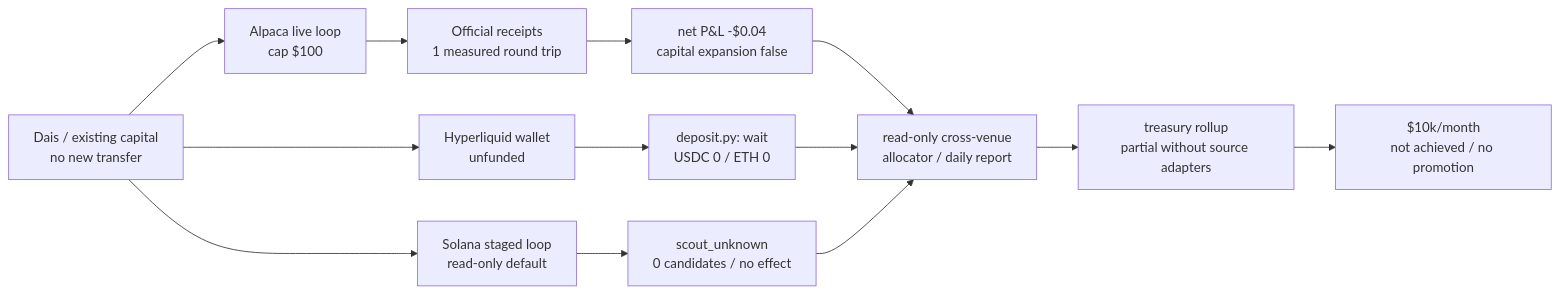
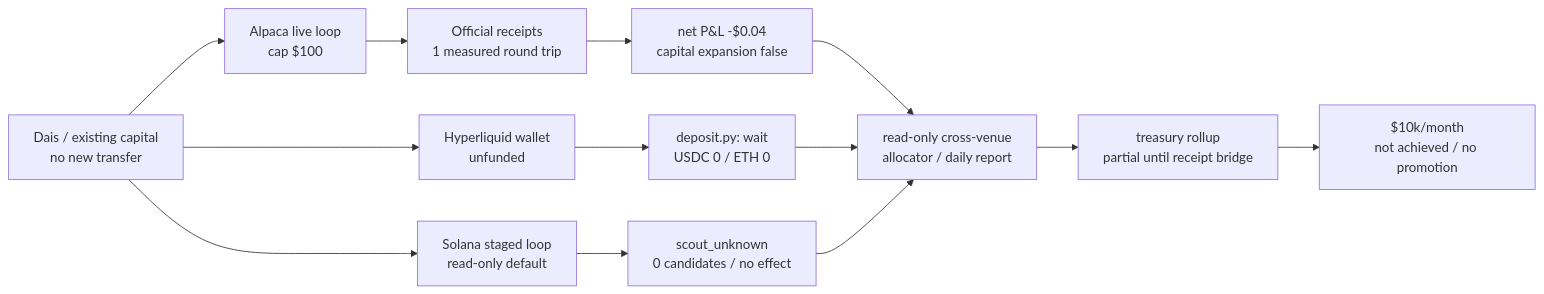
Before and after one commit to Daisuke134/life-manager: the first of 2 diagrams in docs/superpowers/plans/2026-09-28-investment-loop-generational-wealth.md, drawn with Mermaid. The commit also changed other lines of this file, not shown here.

Commit message:
docs(investment): define CFO treasury receipt bridge

````diff
--- a/docs/superpowers/plans/2026-09-28-investment-loop-generational-wealth.md
+++ b/docs/superpowers/plans/2026-09-28-investment-loop-generational-wealth.md
@@ -38,17 +38,17 @@
 ```mermaid
 flowchart LR
     Owner["Dais / existing capital\nno new transfer"] --> Alpaca["Alpaca live loop\ncap $100"]
     Owner --> HL["Hyperliquid wallet\nunfunded"]
     Owner --> Sol["Solana staged loop\nread-only default"]
 
     Alpaca --> AReceipt["Official receipts\n1 measured round trip"]
     AReceipt --> APerf["net P&L -$0.04\ncapital expansion false"]
     HL --> HLWait["deposit.py: wait\nUSDC 0 / ETH 0"]
     Sol --> SolScout["scout_unknown\n0 candidates / no effect"]
 
     APerf --> Allocator["read-only cross-venue\nallocator / daily report"]
     HLWait --> Allocator
     SolScout --> Allocator
-    Allocator --> Treasury["treasury rollup\npartial without source adapters"]
+    Allocator --> Treasury["treasury rollup\npartial until receipt bridge"]
     Treasury --> Target["$10k/month\nnot achieved / no promotion"]
 ```
````
